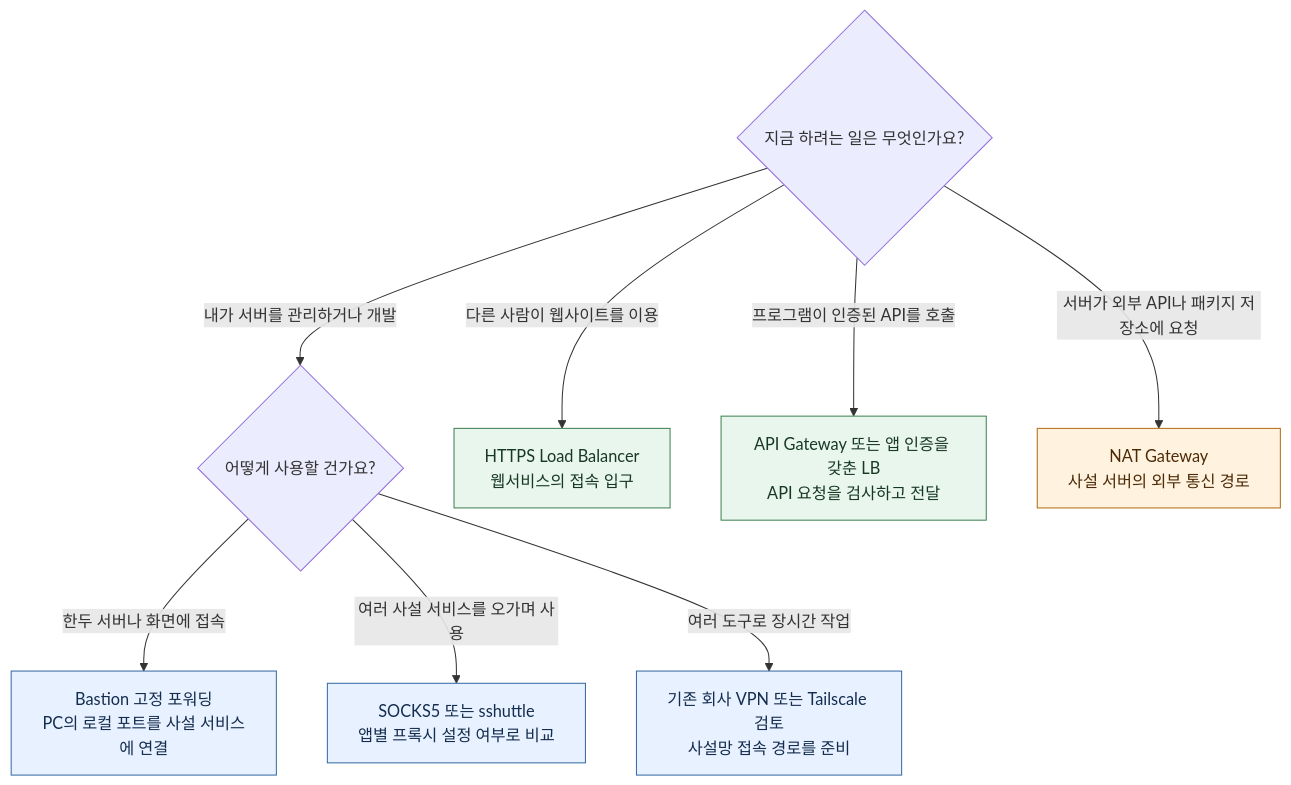
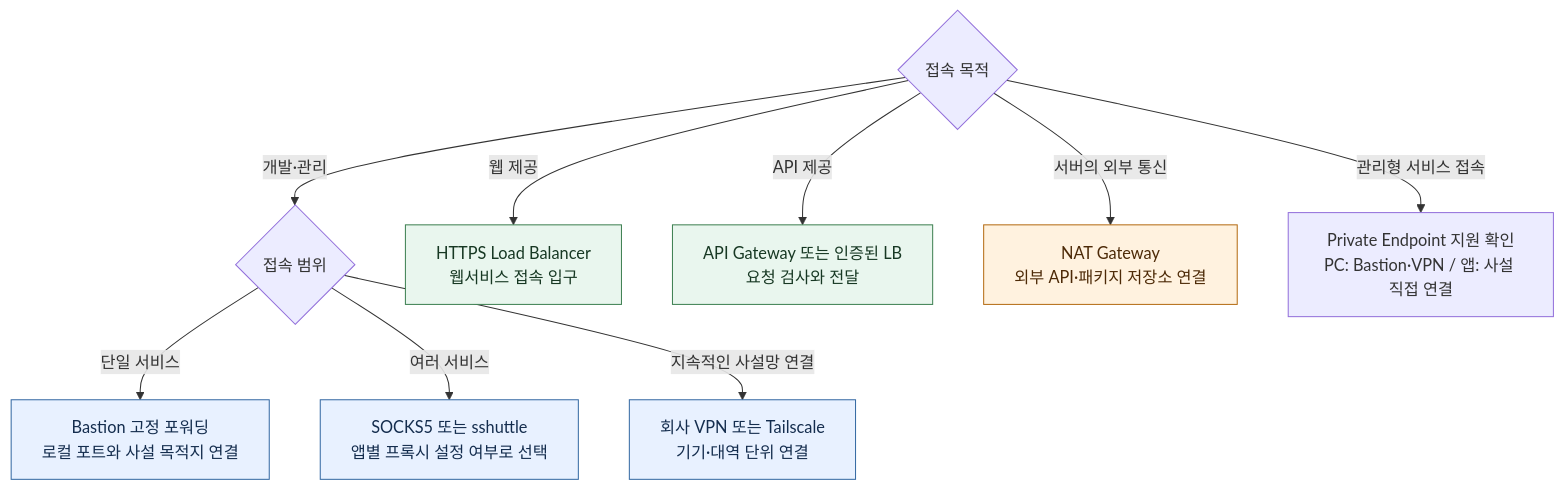
One commit to devmrko/oci-secure-workflows changed the diagram in README.md. Above: the diagram before and after it, drawn with Mermaid. The commit also changed other lines of this file and 11 other files, not shown here.

Commit message:
Document private managed-service access and multi-server security controls

````diff
--- a/README.md
+++ b/README.md
@@ -11,17 +13,18 @@
 ```mermaid
 flowchart TD
-    START{"지금 하려는 일은 무엇인가요?"}
-    START -->|내가 서버를 관리하거나 개발| MANAGE{"어떻게 사용할 건가요?"}
-    MANAGE -->|한두 서버나 화면에 접속| FIXED["Bastion 고정 포워딩<br/>PC의 로컬 포트를 사설 서비스에 연결"]
-    MANAGE -->|여러 사설 서비스를 오가며 사용| MULTI["SOCKS5 또는 sshuttle<br/>앱별 프록시 설정 여부로 비교"]
-    MANAGE -->|여러 도구로 장시간 작업| VPN["기존 회사 VPN 또는 Tailscale 검토<br/>사설망 접속 경로를 준비"]
-    START -->|다른 사람이 웹사이트를 이용| WEB["HTTPS Load Balancer<br/>웹서비스의 접속 입구"]
-    START -->|프로그램이 인증된 API를 호출| API["API Gateway 또는 앱 인증을 갖춘 LB<br/>API 요청을 검사하고 전달"]
-    START -->|서버가 외부 API나 패키지 저장소에 요청| NAT["NAT Gateway<br/>사설 서버의 외부 통신 경로"]
+    START{"접속 목적"}
+    START -->|개발·관리| MANAGE{"접속 범위"}
+    MANAGE -->|단일 서비스| FIXED["Bastion 고정 포워딩<br/>로컬 포트와 사설 목적지 연결"]
+    MANAGE -->|여러 서비스| MULTI["SOCKS5 또는 sshuttle<br/>앱별 프록시 설정 여부로 선택"]
+    MANAGE -->|지속적인 사설망 연결| VPN["회사 VPN 또는 Tailscale<br/>기기·대역 단위 연결"]
+    START -->|웹 제공| WEB["HTTPS Load Balancer<br/>웹서비스 접속 입구"]
+    START -->|API 제공| API["API Gateway 또는 인증된 LB<br/>요청 검사와 전달"]
+    START -->|서버의 외부 통신| NAT["NAT Gateway<br/>외부 API·패키지 저장소 연결"]
+    START -->|관리형 서비스 접속| PAAS["Private Endpoint 지원 확인<br/>PC: Bastion·VPN / 앱: 사설 직접 연결"]
     classDef manage fill:#e8f1ff,stroke:#3469a3,color:#142d4e
     classDef service fill:#e9f6ee,stroke:#3e8052,color:#173823
     classDef outbound fill:#fff2df,stroke:#b46b13,color:#4d2a07
     class FIXED,MULTI,VPN manage
     class WEB,API service
     class NAT outbound
 ```
````
